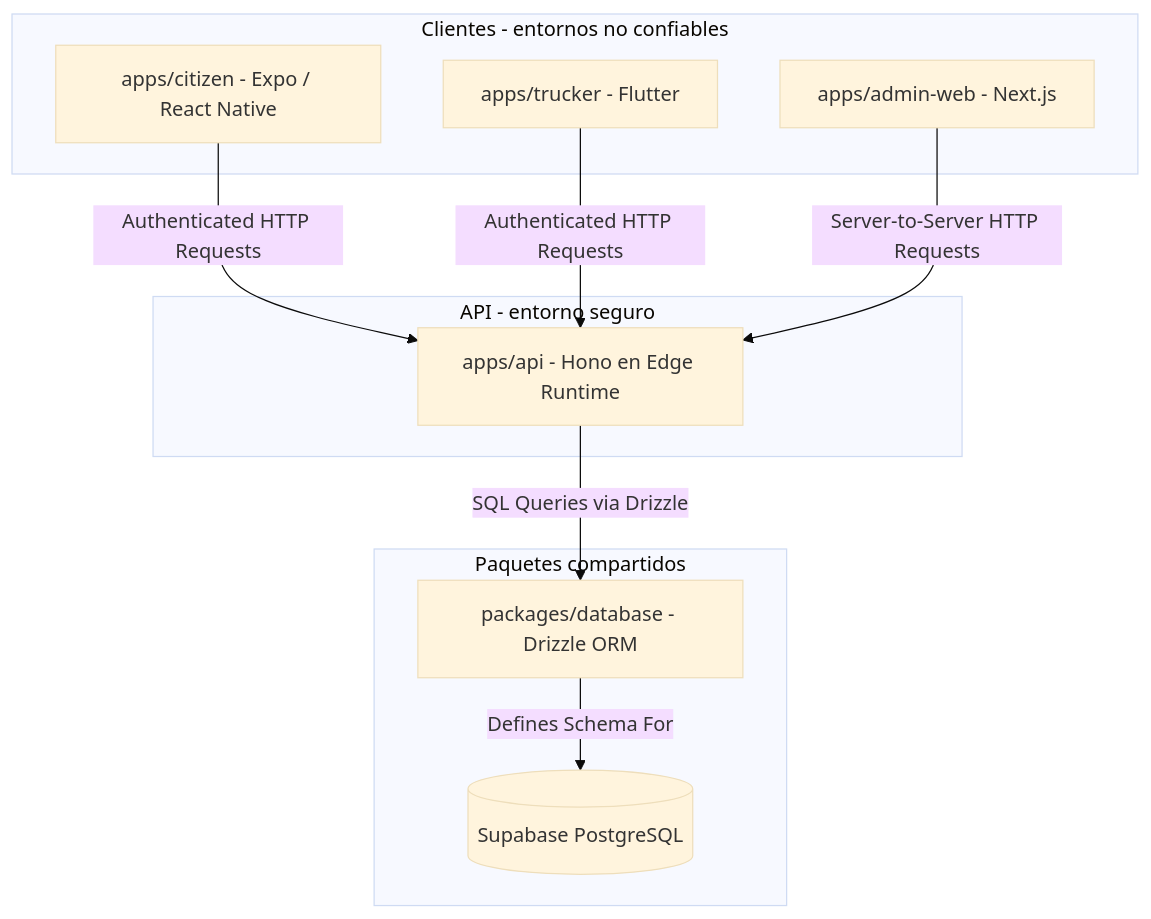
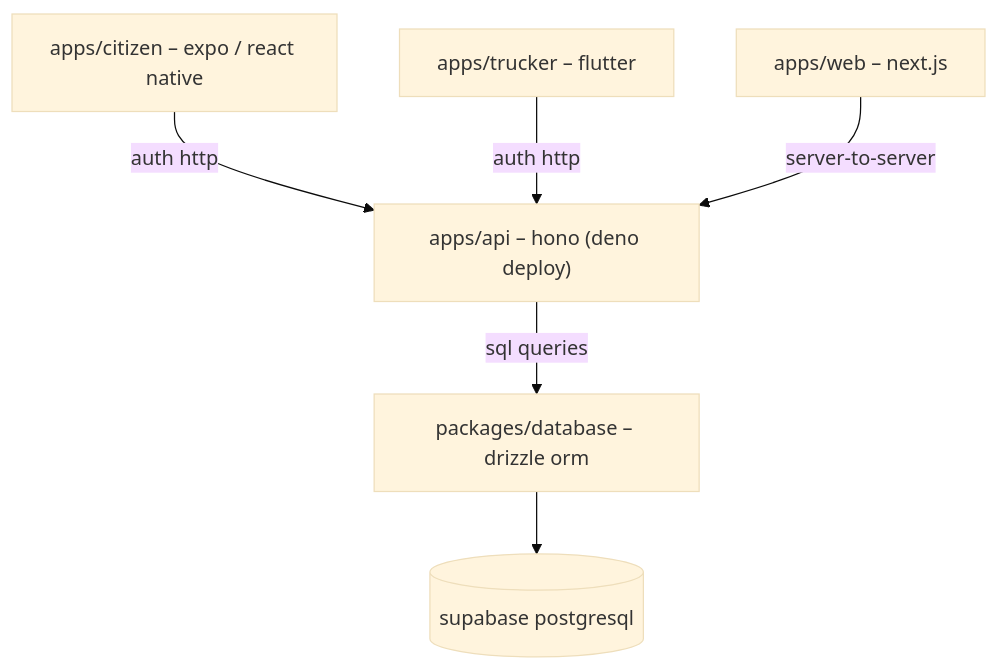
One commit to empiricalhq/waste changed the diagram in readme.md. Above: the diagram before and after it, drawn with Mermaid (base theme).

Commit message:
make it simpler

````diff
--- a/readme.md
+++ b/readme.md
@@ -51,24 +51,16 @@
 ```mermaid
 graph TD
-    subgraph Clientes - entornos no confiables
-        A["apps/citizen - Expo / React Native"]
-        B["apps/trucker - Flutter"]
-        C["apps/admin-web - Next.js"]
-    end
+    A["apps/citizen – expo / react native"]
+    B["apps/trucker – flutter"]
+    C["apps/web – next.js"]
+    D["apps/api – hono (deno deploy)"]
+    E["packages/database – drizzle orm"]
+    F[(supabase postgresql)]
 
-    subgraph API - entorno seguro
-        D["apps/api - Hono en Edge Runtime"]
-    end
+    A -->|auth http| D
+    B -->|auth http| D
+    C -->|server-to-server| D
 
-    subgraph Paquetes compartidos
-        E["packages/database - Drizzle ORM"]
-        F[(Supabase PostgreSQL)]
-    end
-
-    A -->|Authenticated HTTP Requests| D
-    B -->|Authenticated HTTP Requests| D
-    C -->|Server-to-Server HTTP Requests| D
-
-    D -->|SQL Queries via Drizzle| E
-    E -->|Defines Schema For| F
+    D -->|sql queries| E
+    E --> F
 ```
````
